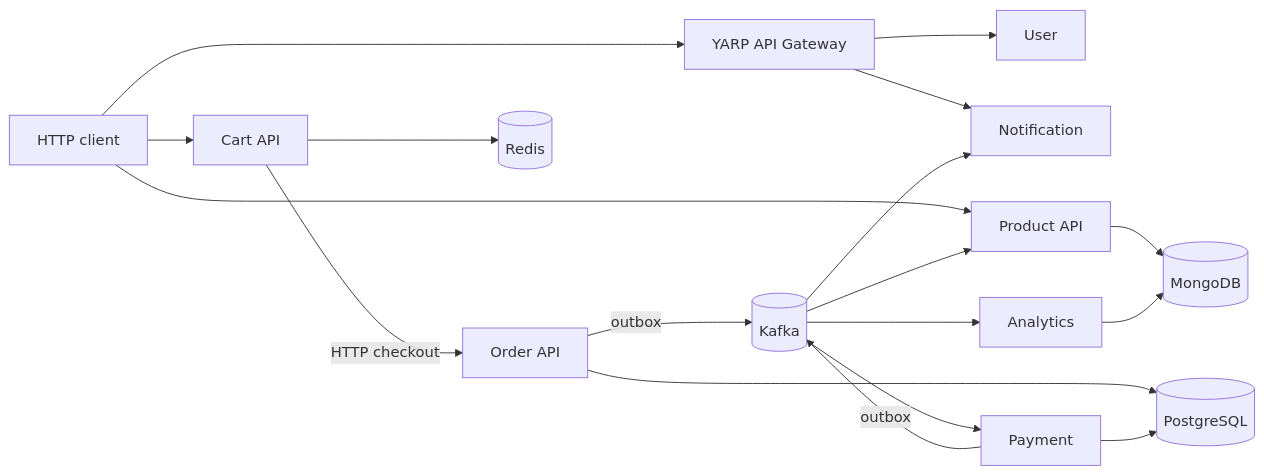
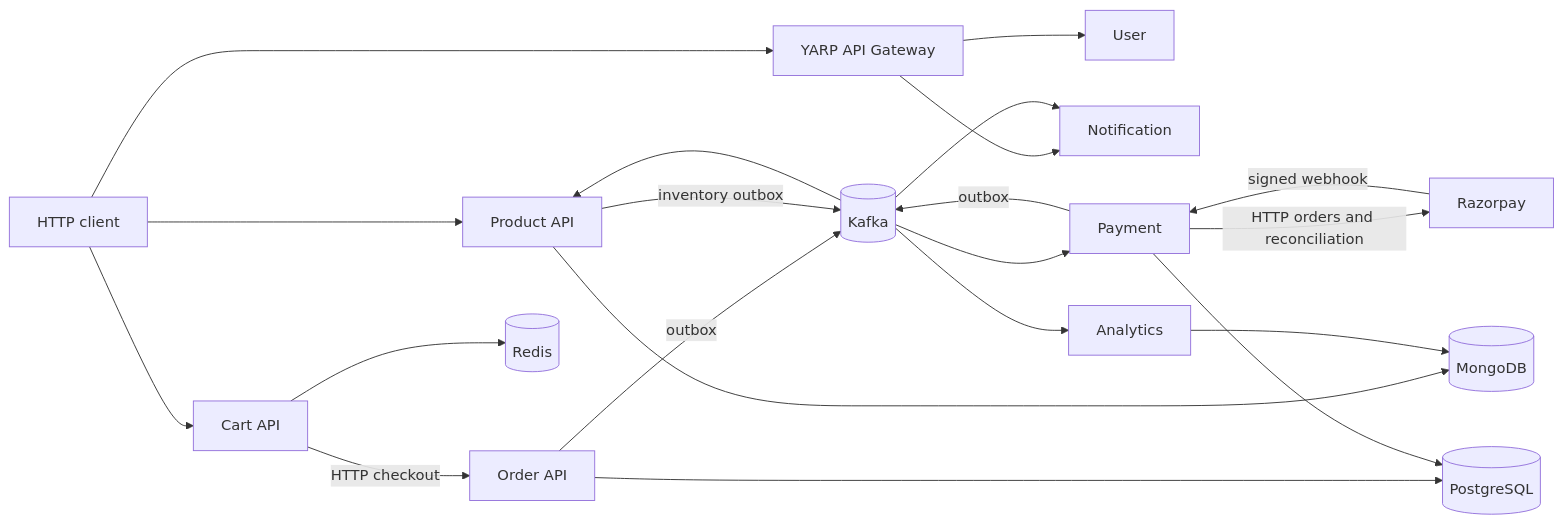
The diagram in README.md (Pauanesh-Kumar/ECommerceMicroservicesApp), drawn with Mermaid before and after one commit. The commit also changed other lines of this file and 29 other files, not shown here.

First line of the commit message:
Add inventory recovery and payment reconciliation

````diff
--- a/README.md
+++ b/README.md
@@ -24,20 +26,23 @@
 ```mermaid
 flowchart LR
 	Client[HTTP client] --> Gateway[YARP API Gateway]
 	Gateway --> User[User]
 	Gateway --> Notification[Notification]
 	Client --> Product[Product API]
 	Client --> Cart[Cart API]
 	Cart -->|HTTP checkout| Order[Order API]
 	Order -->|outbox| Kafka[(Kafka)]
 	Kafka --> Product
 	Kafka --> Payment[Payment]
 	Kafka --> Notification
 	Kafka --> Analytics[Analytics]
+	Product -->|inventory outbox| Kafka
 	Payment -->|outbox| Kafka
+	Payment -->|HTTP orders and reconciliation| Razorpay[Razorpay]
+	Razorpay -->|signed webhook| Payment
 	Cart --> Redis[(Redis)]
 	Order --> PG[(PostgreSQL)]
 	Payment --> PG
 	Product --> Mongo[(MongoDB)]
 	Analytics --> Mongo
 ```
````
